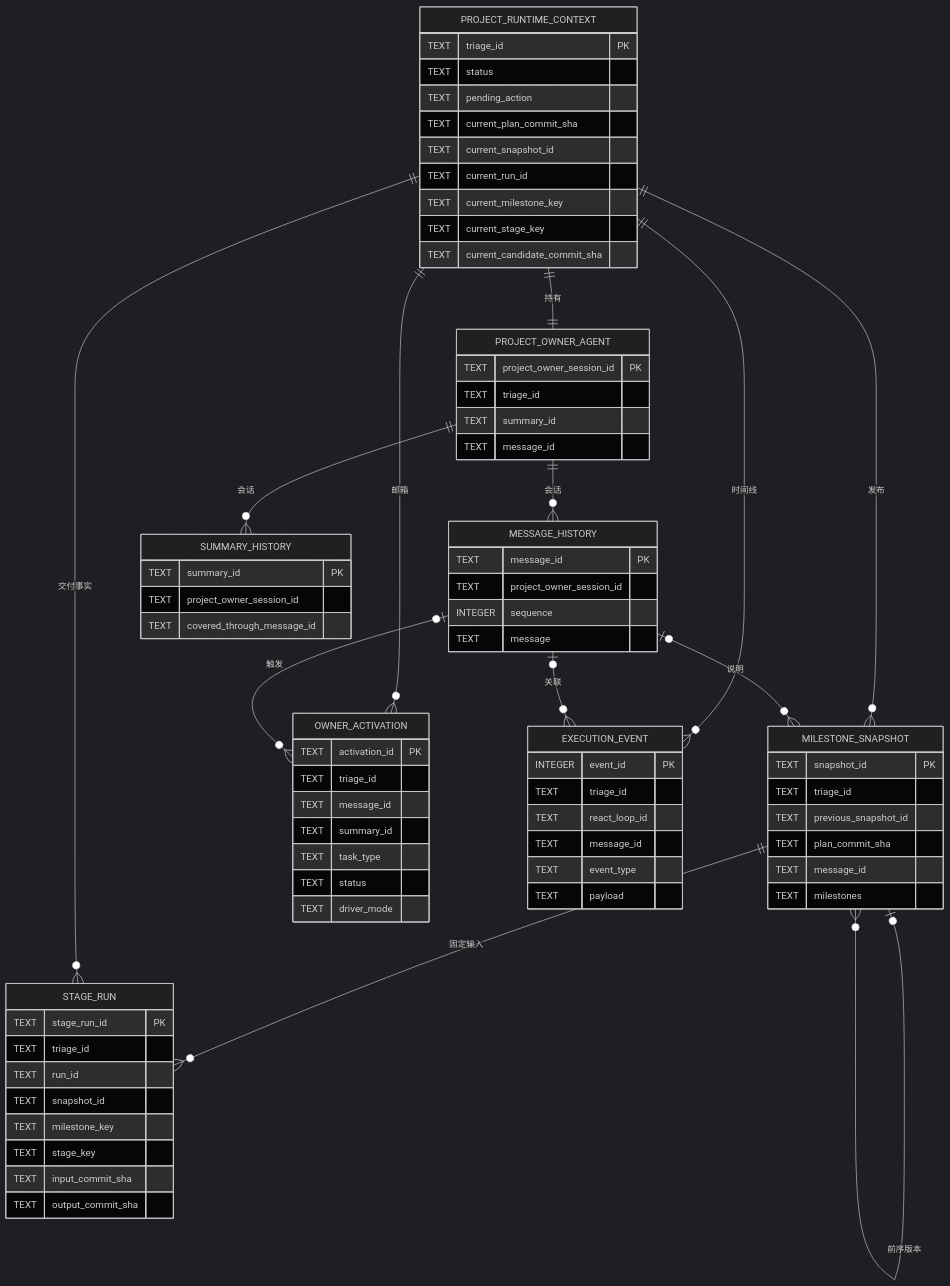
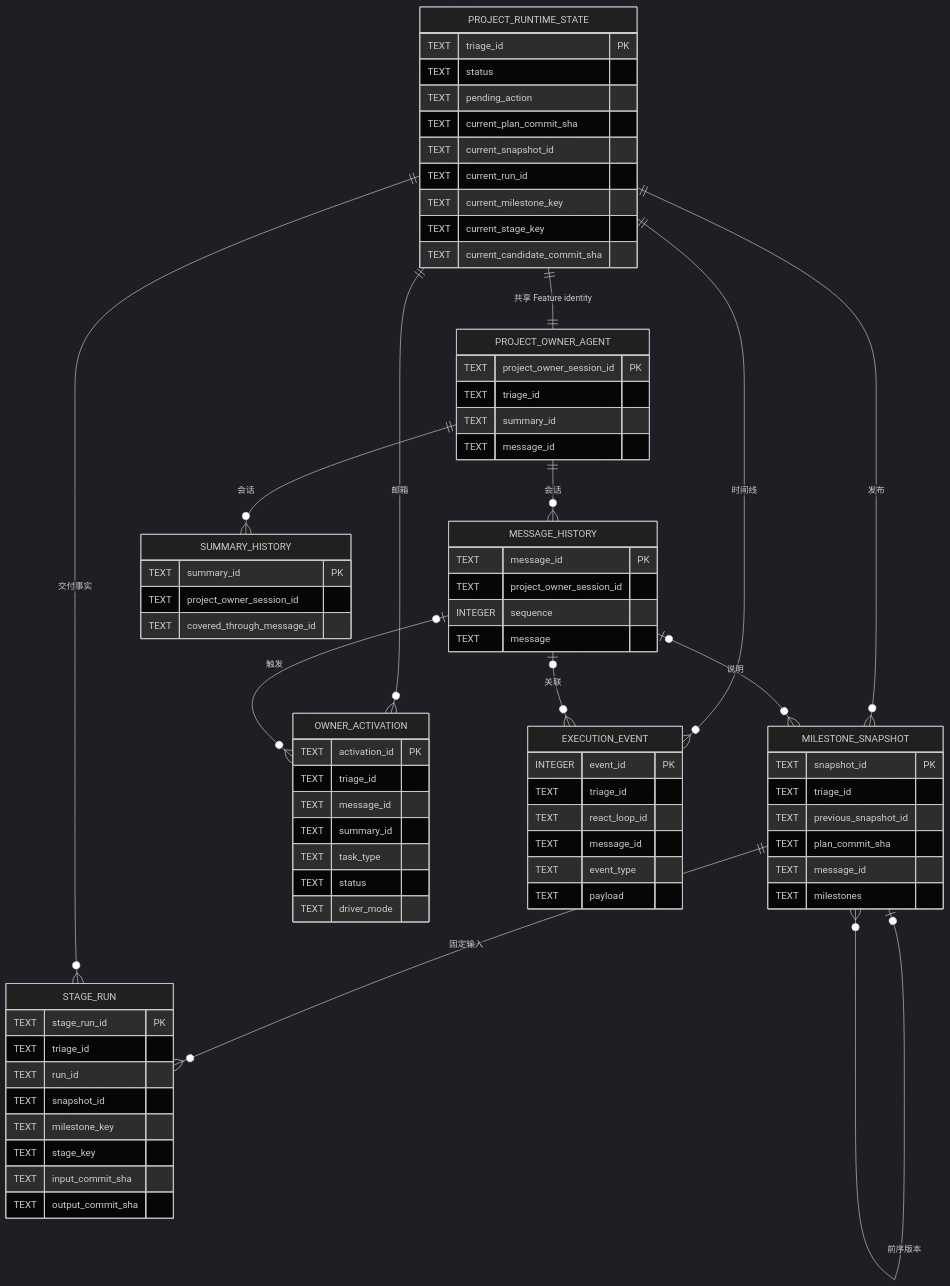
One commit to aowo-1345/AgentPanelX changed the diagram in .codex/skills/agentplanex-project-observe/references/detail.md. Above: the diagram before and after it, drawn with Mermaid (dark theme). The commit also changed other lines of this file and 54 other files, not shown here.

Commit message:
refactor: establish project runtime context spine

````diff
--- a/.codex/skills/agentplanex-project-observe/references/detail.md
+++ b/.codex/skills/agentplanex-project-observe/references/detail.md
@@ -33,6 +33,6 @@
 ```mermaid
 erDiagram
-    PROJECT_RUNTIME_CONTEXT {
+    PROJECT_RUNTIME_STATE {
         TEXT triage_id PK
         TEXT status
         TEXT pending_action
@@ -103,15 +103,15 @@
         TEXT payload
     }
 
-    PROJECT_RUNTIME_CONTEXT ||--|| PROJECT_OWNER_AGENT : "持有"
+    PROJECT_RUNTIME_STATE ||--|| PROJECT_OWNER_AGENT : "共享 Feature identity"
     PROJECT_OWNER_AGENT ||--o{ MESSAGE_HISTORY : "会话"
     PROJECT_OWNER_AGENT ||--o{ SUMMARY_HISTORY : "会话"
-    PROJECT_RUNTIME_CONTEXT ||--o{ MILESTONE_SNAPSHOT : "发布"
+    PROJECT_RUNTIME_STATE ||--o{ MILESTONE_SNAPSHOT : "发布"
     MILESTONE_SNAPSHOT o|--o{ MILESTONE_SNAPSHOT : "前序版本"
     MILESTONE_SNAPSHOT ||--o{ STAGE_RUN : "固定输入"
-    PROJECT_RUNTIME_CONTEXT ||--o{ STAGE_RUN : "交付事实"
-    PROJECT_RUNTIME_CONTEXT ||--o{ OWNER_ACTIVATION : "邮箱"
-    PROJECT_RUNTIME_CONTEXT ||--o{ EXECUTION_EVENT : "时间线"
+    PROJECT_RUNTIME_STATE ||--o{ STAGE_RUN : "交付事实"
+    PROJECT_RUNTIME_STATE ||--o{ OWNER_ACTIVATION : "邮箱"
+    PROJECT_RUNTIME_STATE ||--o{ EXECUTION_EVENT : "时间线"
     MESSAGE_HISTORY o|--o{ MILESTONE_SNAPSHOT : "说明"
     MESSAGE_HISTORY o|--o{ OWNER_ACTIVATION : "触发"
     MESSAGE_HISTORY o|--o{ EXECUTION_EVENT : "关联"
````
